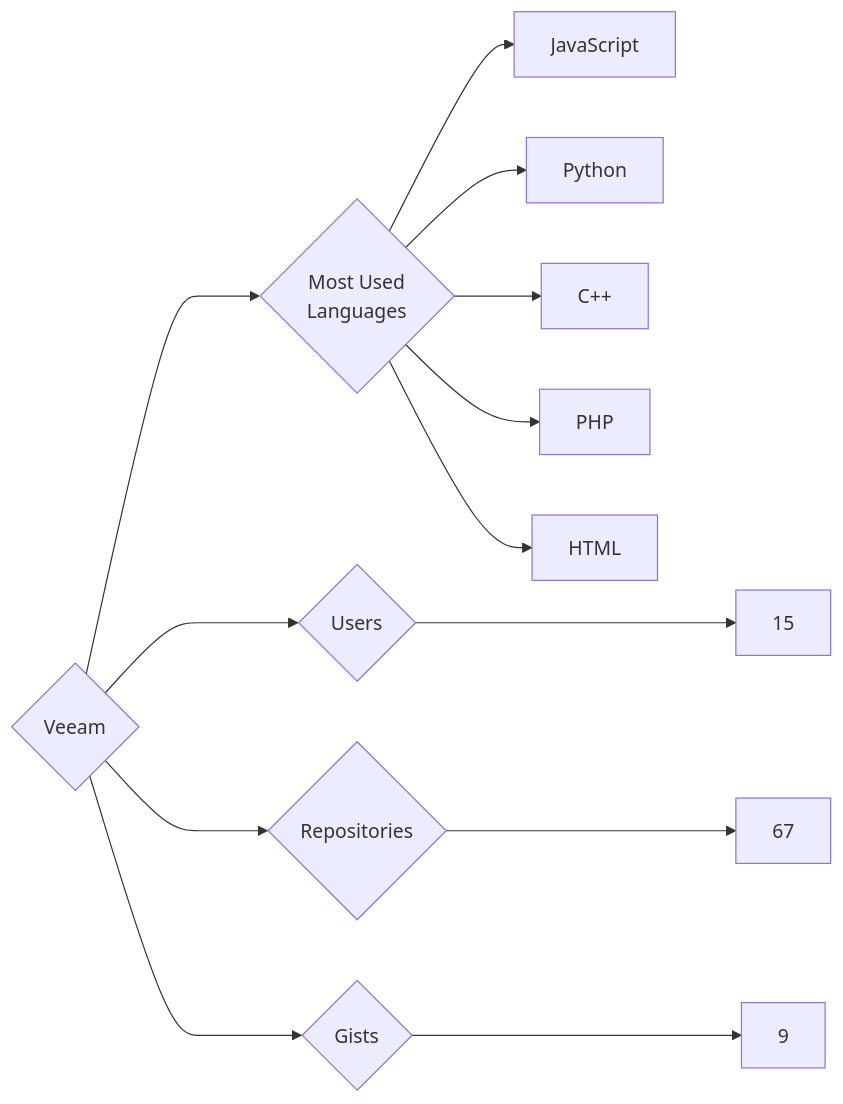
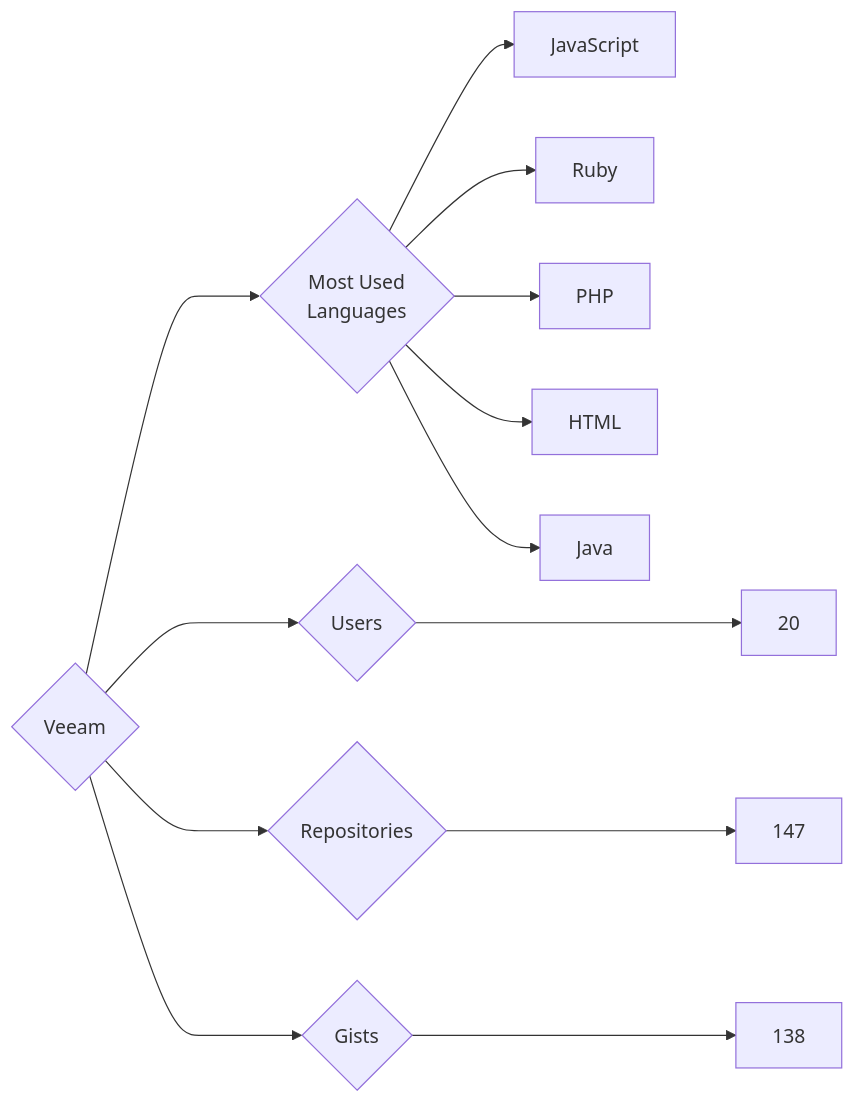
The diagram in targets/Veeam/README.md (trickest/insiders), drawn with Mermaid before and after one commit. The commit also changed 597 other files, not shown here.

````diff
--- a/targets/Veeam/README.md
+++ b/targets/Veeam/README.md
@@ -3,13 +3,13 @@
 ```mermaid
 graph LR
 COMPANY_NAME{Veeam}
-COMPANY_NAME ---> U{Users} ---> UN[15]
-COMPANY_NAME ---> R{Repositories} ---> RN[67]
-COMPANY_NAME ---> G{Gists} ---> GN[9]
+COMPANY_NAME ---> U{Users} ---> UN[20]
+COMPANY_NAME ---> R{Repositories} ---> RN[147]
+COMPANY_NAME ---> G{Gists} ---> GN[138]
 COMPANY_NAME ---> ML{Most Used<br>Languages}
 ML --> JavaScript[JavaScript]
-ML --> Python[Python]
-ML --> C++[C++]
+ML --> Ruby[Ruby]
 ML --> PHP[PHP]
 ML --> HTML[HTML]
+ML --> Java[Java]
 ```
````
